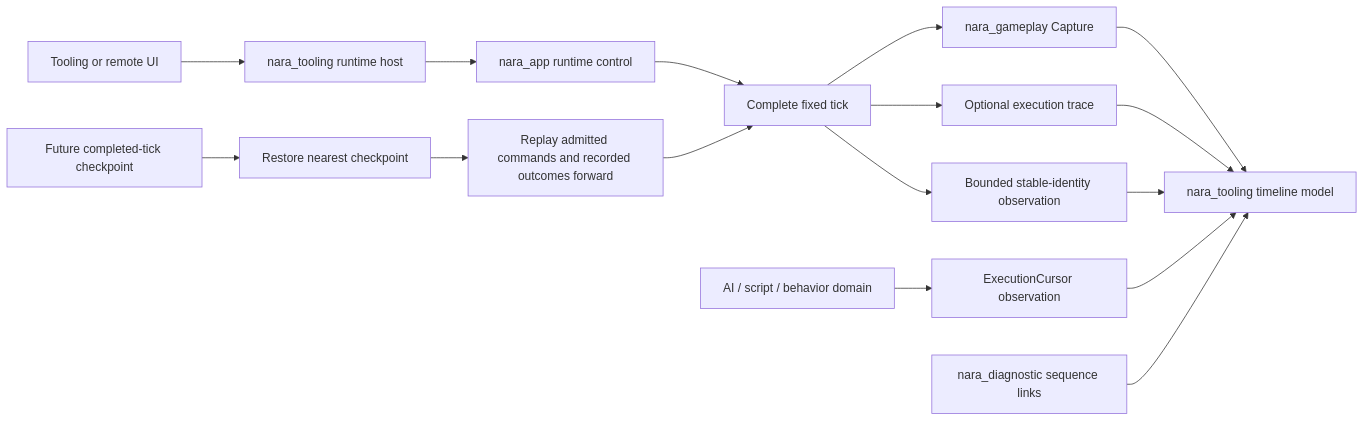
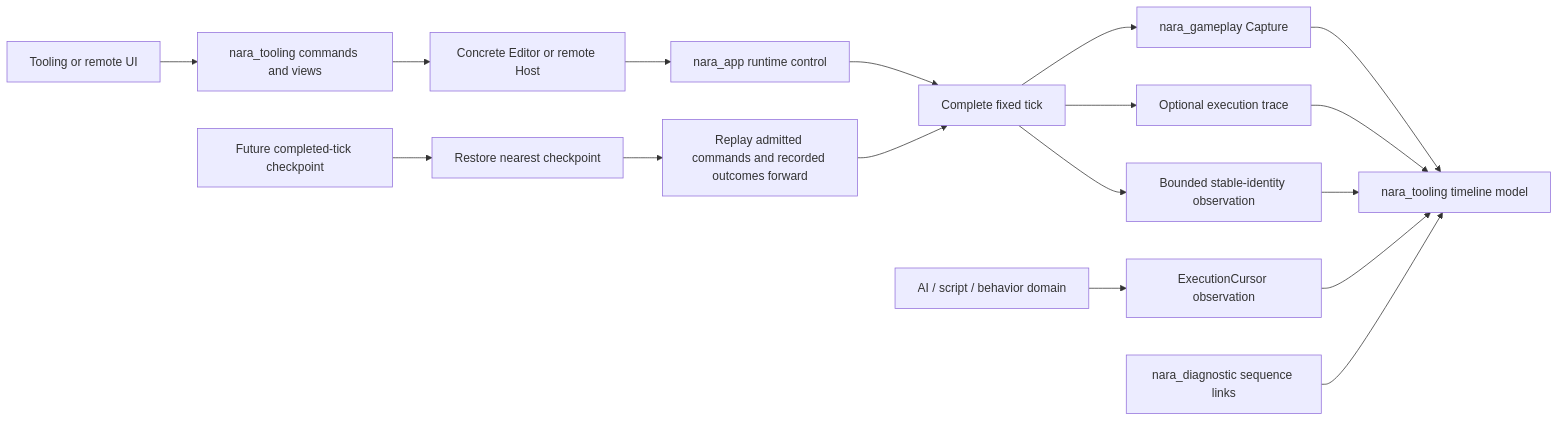
One commit to Latias94/nara changed the diagram in docs/architecture/adr/0076-play-runtime-debug-control-and-observation.md. Above: the diagram before and after it, drawn with Mermaid. The commit also changed other lines of this file and 15 other files, not shown here.

First line of the commit message:
docs(architecture): tighten runtime and authoring interfaces

````diff
--- a/docs/architecture/adr/0076-play-runtime-debug-control-and-observation.md
+++ b/docs/architecture/adr/0076-play-runtime-debug-control-and-observation.md
@@ -69,18 +76,19 @@
 ```mermaid
 flowchart LR
-    UI[Tooling or remote UI] --> Host[nara_tooling runtime host]
+    UI[Tooling or remote UI] --> Models[nara_tooling commands and views]
+    Models --> Host[Concrete Editor or remote Host]
     Host --> Control[nara_app runtime control]
     Control --> Tick[Complete fixed tick]
     Tick --> Commands[nara_gameplay Capture]
     Tick --> Trace[Optional execution trace]
     Tick --> Snapshot[Bounded stable-identity observation]
     Domain[AI / script / behavior domain] --> Cursor[ExecutionCursor observation]
     Commands --> Timeline[nara_tooling timeline model]
     Trace --> Timeline
     Snapshot --> Timeline
     Cursor --> Timeline
     Diagnostics[nara_diagnostic sequence links] --> Timeline
     Checkpoint[Future completed-tick checkpoint] --> Restore[Restore nearest checkpoint]
     Restore --> Replay[Replay admitted commands and recorded outcomes forward]
     Replay --> Tick
 ```
````
